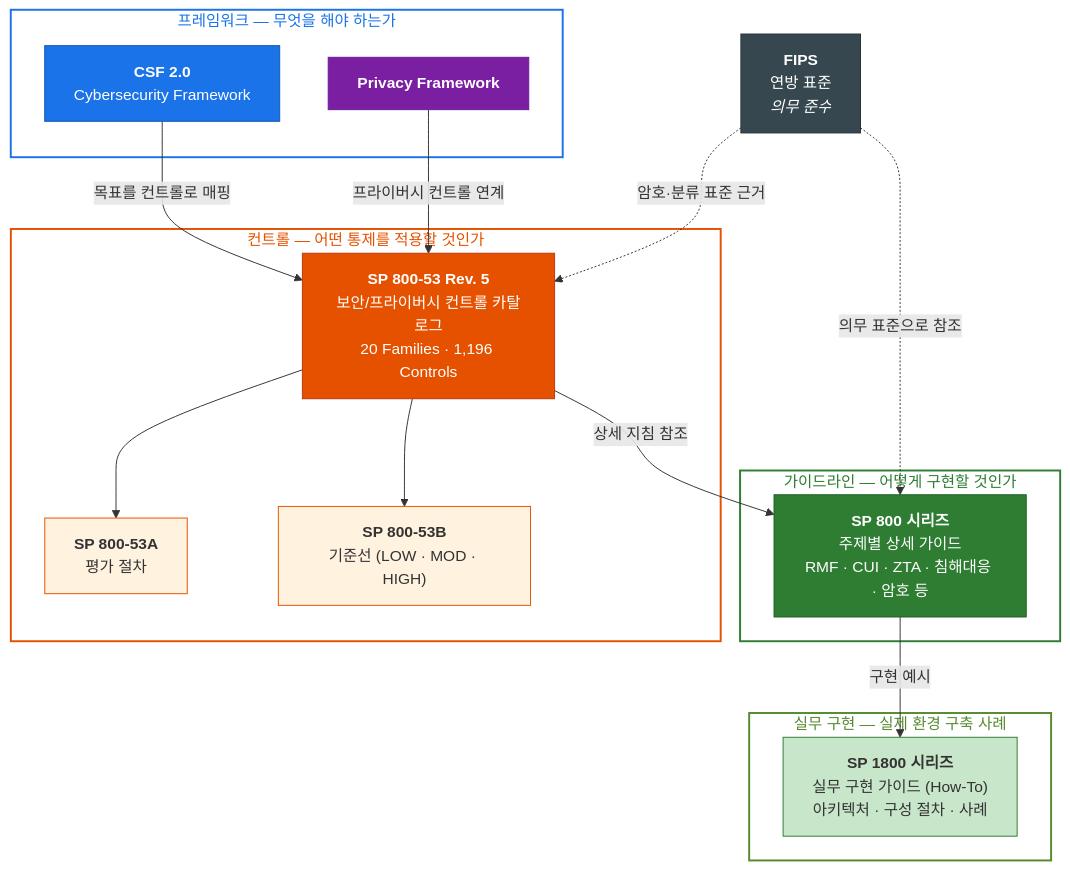
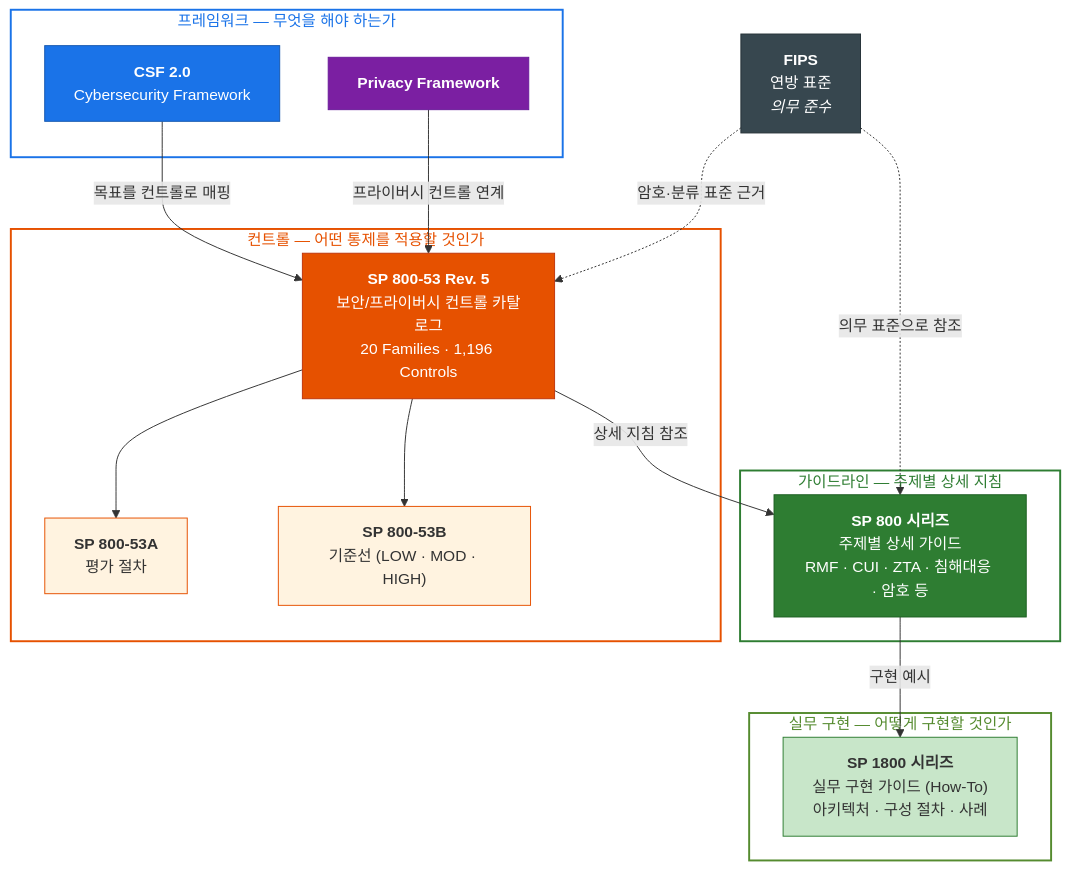
Before and after one commit to zer0-kr/security-framework: the second of 2 diagrams in NIST/README.md, drawn with Mermaid. The commit also changed other lines of this file, not shown here.

Commit message:
Fix layer labels: SP 800 is detailed guidance, SP 1800 is how-to
SP 800 = subject-specific detailed guidance (주제별 상세 지침)
SP 1800 = practical implementation how-to (어떻게 구현할 것인가)
Updated both section headings and Mermaid subgraph labels.

````diff
--- a/NIST/README.md
+++ b/NIST/README.md
@@ -44,45 +44,45 @@
 ```mermaid
 flowchart TB
     subgraph L1["프레임워크 — 무엇을 해야 하는가"]
         CSF["<b>CSF 2.0</b><br/>Cybersecurity Framework"]
         PF["<b>Privacy Framework</b>"]
     end
 
     subgraph L2["컨트롤 — 어떤 통제를 적용할 것인가"]
         CTRL["<b>SP 800-53 Rev. 5</b><br/>보안/프라이버시 컨트롤 카탈로그<br/>20 Families · 1,196 Controls"]
         ASSESS["<b>SP 800-53A</b><br/>평가 절차"]
         BASE["<b>SP 800-53B</b><br/>기준선 (LOW · MOD · HIGH)"]
     end
 
-    subgraph L3["가이드라인 — 어떻게 구현할 것인가"]
+    subgraph L3["가이드라인 — 주제별 상세 지침"]
         SP800["<b>SP 800 시리즈</b><br/>주제별 상세 가이드<br/>RMF · CUI · ZTA · 침해대응 · 암호 등"]
     end
 
-    subgraph L4["실무 구현 — 실제 환경 구축 사례"]
+    subgraph L4["실무 구현 — 어떻게 구현할 것인가"]
         SP1800["<b>SP 1800 시리즈</b><br/>실무 구현 가이드 (How-To)<br/>아키텍처 · 구성 절차 · 사례"]
     end
 
     FIPS["<b>FIPS</b><br/>연방 표준<br/><i>의무 준수</i>"]
 
     CSF -- "목표를 컨트롤로 매핑" --> CTRL
     PF -- "프라이버시 컨트롤 연계" --> CTRL
     CTRL --> ASSESS
     CTRL --> BASE
     CTRL -- "상세 지침 참조" --> SP800
     SP800 -- "구현 예시" --> SP1800
     FIPS -. "암호·분류 표준 근거" .-> CTRL
     FIPS -. "의무 표준으로 참조" .-> SP800
 
     style L1 fill:none,stroke:#1a73e8,stroke-width:2px,color:#1a73e8
     style L2 fill:none,stroke:#e65100,stroke-width:2px,color:#e65100
     style L3 fill:none,stroke:#2e7d32,stroke-width:2px,color:#2e7d32
     style L4 fill:none,stroke:#558b2f,stroke-width:2px,color:#558b2f
     style CSF fill:#1a73e8,stroke:#1558b0,color:#fff
     style PF fill:#7b1fa2,stroke:#6a1b9a,color:#fff
     style CTRL fill:#e65100,stroke:#bf360c,color:#fff
     style ASSESS fill:#fff3e0,stroke:#e65100,color:#333
     style BASE fill:#fff3e0,stroke:#e65100,color:#333
     style SP800 fill:#2e7d32,stroke:#1b5e20,color:#fff
     style SP1800 fill:#c8e6c9,stroke:#2e7d32,color:#333
     style FIPS fill:#37474f,stroke:#263238,color:#fff
 ```
````
